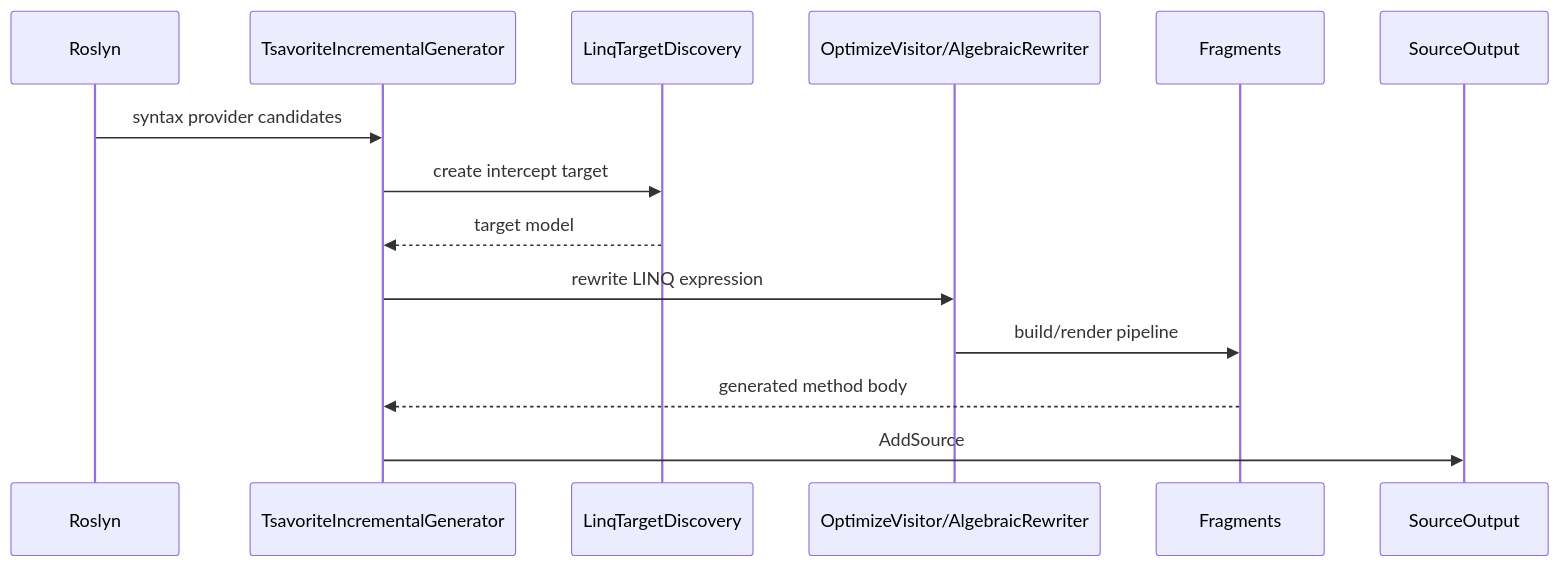
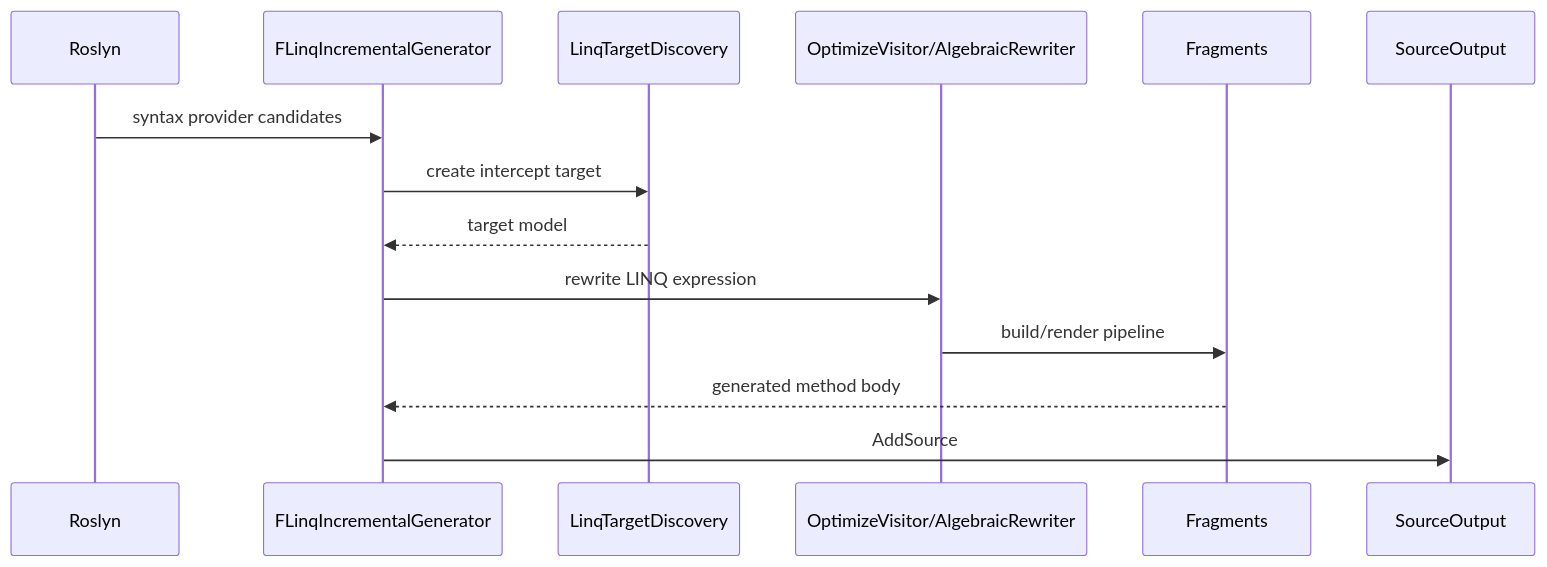
One commit to AloneCraft/Seamless changed the first of 3 diagrams in Document/Code/Internal/BehavioralDiagrams/InteractionDiagrams.md. Above: the diagram before and after it, drawn with Mermaid. The commit also changed 709 other files, not shown here.

Commit message:
Chart表示

````diff
--- a/Document/Code/Internal/BehavioralDiagrams/InteractionDiagrams.md
+++ b/Document/Code/Internal/BehavioralDiagrams/InteractionDiagrams.md
@@ -18,17 +18,17 @@
 ```mermaid
 sequenceDiagram
     participant Roslyn
-    participant Generator as TsavoriteIncrementalGenerator
+    participant Generator as FLinqIncrementalGenerator
     participant Discovery as LinqTargetDiscovery
     participant Optimizer as OptimizeVisitor/AlgebraicRewriter
     participant Fragments
     participant Output as SourceOutput
 
     Roslyn->>Generator: syntax provider candidates
     Generator->>Discovery: create intercept target
     Discovery-->>Generator: target model
     Generator->>Optimizer: rewrite LINQ expression
     Optimizer->>Fragments: build/render pipeline
     Fragments-->>Generator: generated method body
     Generator->>Output: AddSource
 ```
````
